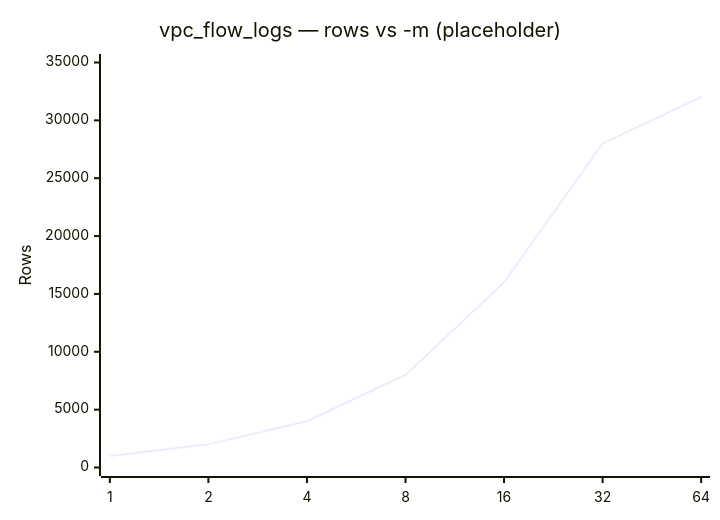
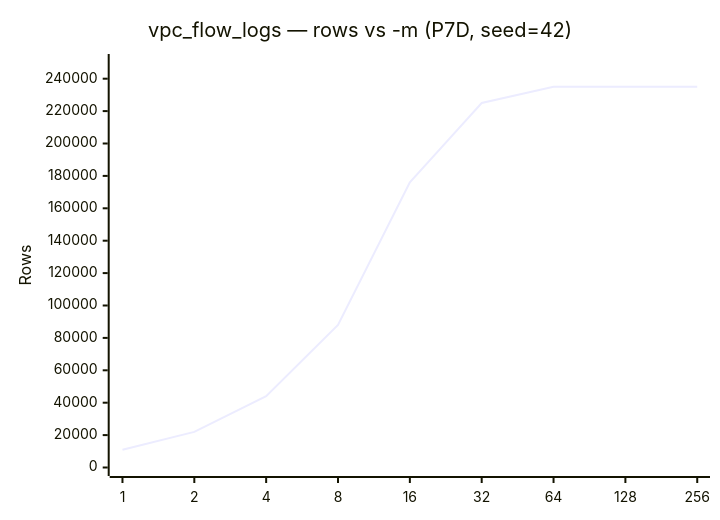
Before and after one commit to implydata/imply-eventgenerator: the second of 2 diagrams in docs/presets/vpc_flow_logs.md, drawn with Mermaid.

````diff
--- a/docs/presets/vpc_flow_logs.md
+++ b/docs/presets/vpc_flow_logs.md
@@ -58,7 +58,7 @@
 ```mermaid
 xychart-beta
-    title "vpc_flow_logs — rows vs -m (placeholder)"
-    x-axis [1, 2, 4, 8, 16, 32, 64]
-    y-axis "Rows" 0 --> 35000
-    line [1000, 2000, 4000, 8000, 16000, 28000, 32000]
+    title "vpc_flow_logs — rows vs -m (P7D, seed=42)"
+    x-axis [1, 2, 4, 8, 16, 32, 64, 128, 256]
+    y-axis "Rows" 0 --> 250000
+    line [11000, 22000, 44000, 88000, 176000, 225000, 235000, 235000, 235000]
 ```
````
